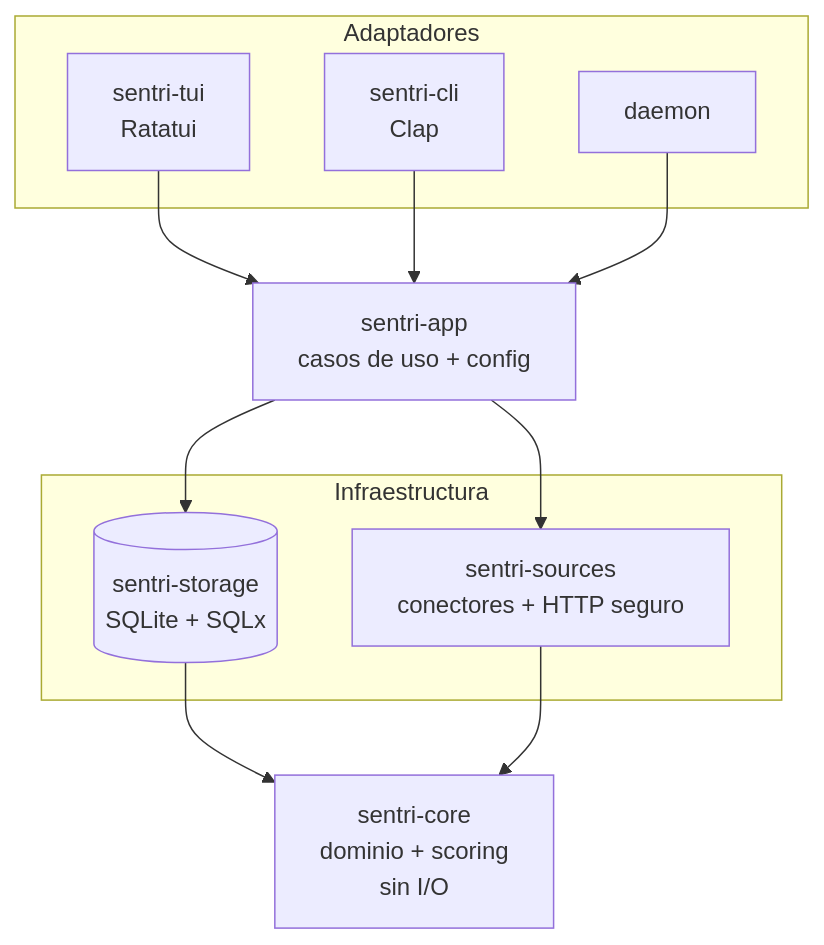
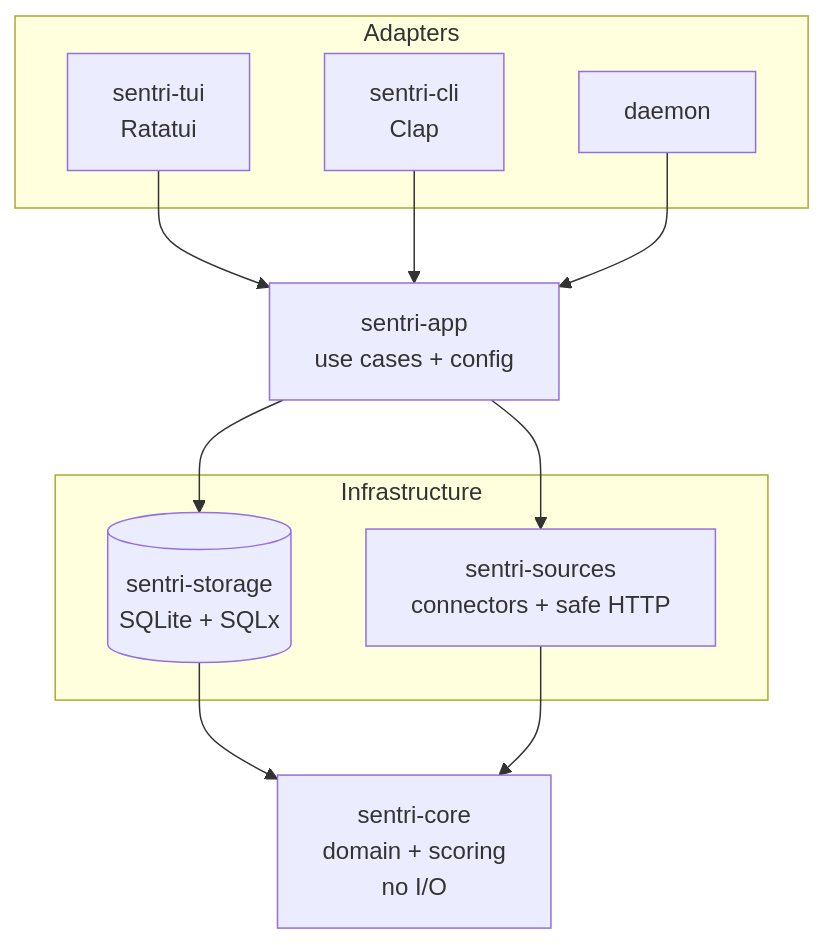
One commit to zqf20096327/dbhub_collect changed the diagram in data/readmes/HustavoJhon__sentri.md. Above: the diagram before and after it, drawn with Mermaid. The commit also changed other lines of this file and 740 other files, not shown here.

````diff
--- a/data/readmes/HustavoJhon__sentri.md
+++ b/data/readmes/HustavoJhon__sentri.md
@@ -216,25 +295,25 @@
 ```mermaid
 flowchart TD
-    subgraph adapters[Adaptadores]
+    subgraph adapters[Adapters]
         TUI[sentri-tui<br/>Ratatui]
         CLI[sentri-cli<br/>Clap]
         DMN[daemon]
     end
 
-    APP[sentri-app<br/>casos de uso + config]
+    APP[sentri-app<br/>use cases + config]
 
-    subgraph infra[Infraestructura]
+    subgraph infra[Infrastructure]
         ST[(sentri-storage<br/>SQLite + SQLx)]
-        SRC[sentri-sources<br/>conectores + HTTP seguro]
+        SRC[sentri-sources<br/>connectors + safe HTTP]
     end
 
-    CORE[sentri-core<br/>dominio + scoring<br/>sin I/O]
+    CORE[sentri-core<br/>domain + scoring<br/>no I/O]
 
     TUI --> APP
     CLI --> APP
     DMN --> APP
     APP --> ST
     APP --> SRC
     ST --> CORE
     SRC --> CORE
 ```
````
